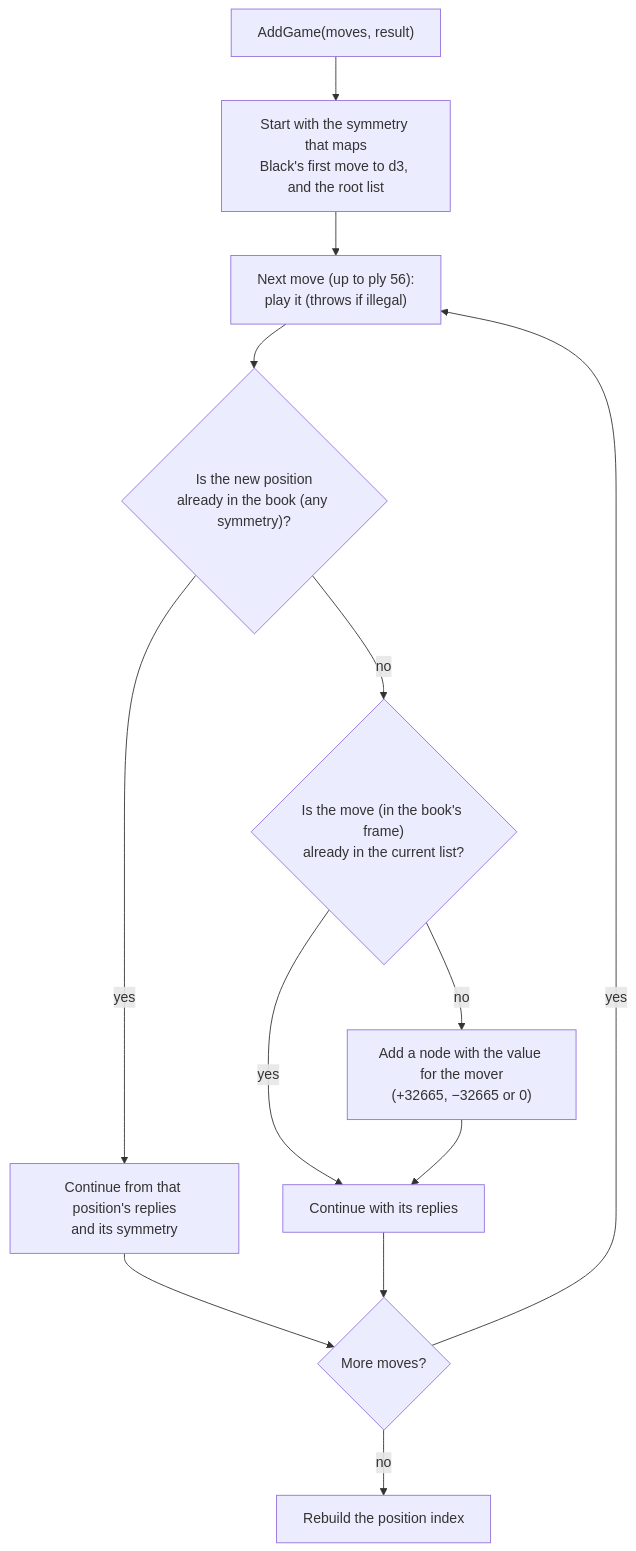
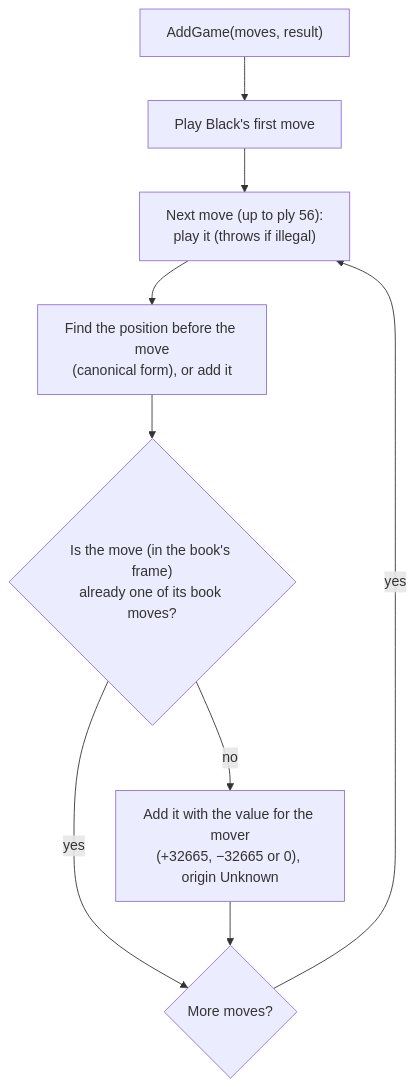
Before and after one commit to cjp-dev/Stello: the first of 2 diagrams in docs/brain/12-book-learning.md, drawn with Mermaid. The commit also changed other lines of this file and 42 other files, not shown here.

````diff
--- a/docs/brain/12-book-learning.md
+++ b/docs/brain/12-book-learning.md
@@ -63,15 +64,11 @@
 ```mermaid
 flowchart TD
-    A["AddGame(moves, result)"] --> Sym["Start with the symmetry that maps<br/>Black's first move to d3, and the root list"]
-    Sym --> Ply["Next move (up to ply 56):<br/>play it (throws if illegal)"]
-    Ply --> Known{"Is the new position<br/>already in the book (any symmetry)?"}
-    Known -- "yes" --> Cont["Continue from that position's replies<br/>and its symmetry"]
-    Known -- "no" --> Node{"Is the move (in the book's frame)<br/>already in the current list?"}
-    Node -- "yes" --> Down["Continue with its replies"]
-    Node -- "no" --> Add["Add a node with the value for the mover<br/>(+32665, −32665 or 0)"]
-    Add --> Down
-    Cont --> More{"More moves?"}
-    Down --> More
+    A["AddGame(moves, result)"] --> First["Play Black's first move"]
+    First --> Ply["Next move (up to ply 56):<br/>play it (throws if illegal)"]
+    Ply --> Pos["Find the position before the move<br/>(canonical form), or add it"]
+    Pos --> Known{"Is the move (in the book's frame)<br/>already one of its book moves?"}
+    Known -- "no" --> Add["Add it with the value for the mover<br/>(+32665, −32665 or 0), origin Unknown"]
+    Known -- "yes" --> More
+    Add --> More{"More moves?"}
     More -- "yes" --> Ply
-    More -- "no" --> Rebuild["Rebuild the position index"]
 ```
````
